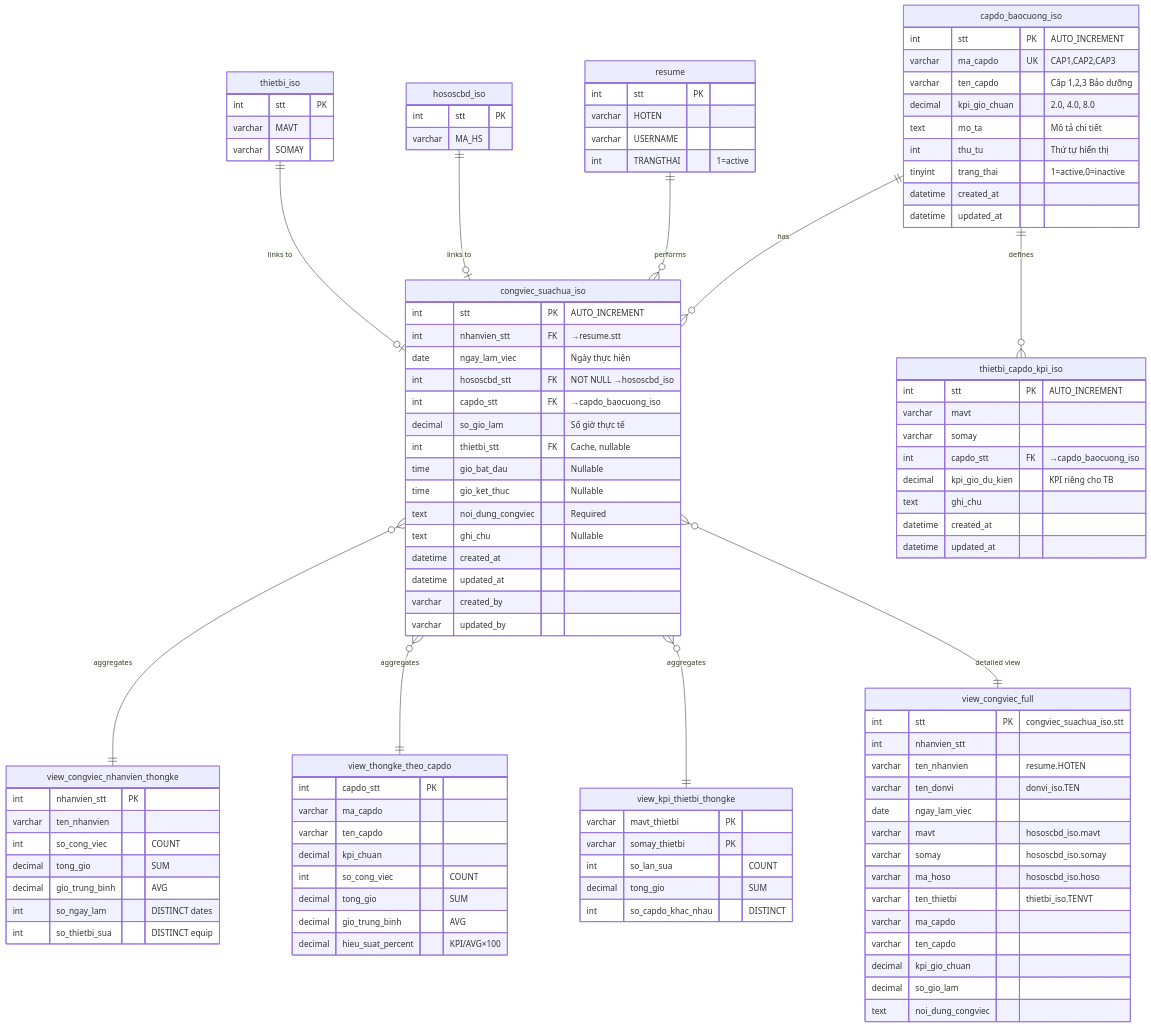
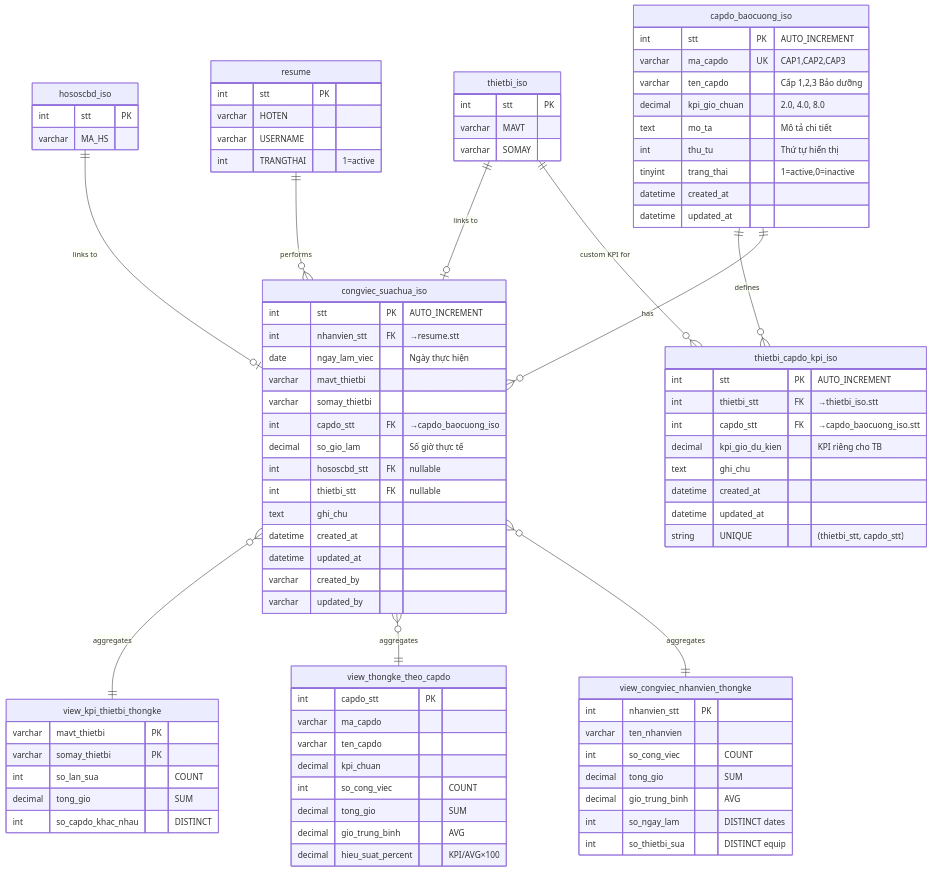
The third of 6 diagrams in iso2/LUUDO_CONGVIEC_KPI.md (mylovetron2/iso2), drawn with Mermaid before and after one commit. The commit also changed other lines of this file, not shown here.

Commit message:
Cập nhật lưu đồ: Thiết kế FK tối ưu thietbi_capdo_kpi_iso (thietbi_stt thay vì mavt/somay)

````diff
--- a/iso2/LUUDO_CONGVIEC_KPI.md
+++ b/iso2/LUUDO_CONGVIEC_KPI.md
@@ -282,6 +204,7 @@
 erDiagram
     capdo_baocuong_iso ||--o{ congviec_suachua_iso : has
     capdo_baocuong_iso ||--o{ thietbi_capdo_kpi_iso : defines
+    thietbi_iso ||--o{ thietbi_capdo_kpi_iso : "custom KPI for"
     resume ||--o{ congviec_suachua_iso : performs
     hososcbd_iso ||--o| congviec_suachua_iso : "links to"
     thietbi_iso ||--o| congviec_suachua_iso : "links to"
@@ -300,27 +223,26 @@
     
     thietbi_capdo_kpi_iso {
         int stt PK "AUTO_INCREMENT"
-        varchar mavt
-        varchar somay
-        int capdo_stt FK "→capdo_baocuong_iso"
+        int thietbi_stt FK "→thietbi_iso.stt"
+        int capdo_stt FK "→capdo_baocuong_iso.stt"
         decimal kpi_gio_du_kien "KPI riêng cho TB"
         text ghi_chu
         datetime created_at
         datetime updated_at
+        string UNIQUE "(thietbi_stt, capdo_stt)"
     }
     
     congviec_suachua_iso {
         int stt PK "AUTO_INCREMENT"
         int nhanvien_stt FK "→resume.stt"
         date ngay_lam_viec "Ngày thực hiện"
-        int hososcbd_stt FK "NOT NULL →hososcbd_iso"
+        varchar mavt_thietbi
+        varchar somay_thietbi
         int capdo_stt FK "→capdo_baocuong_iso"
         decimal so_gio_lam "Số giờ thực tế"
-        int thietbi_stt FK "Cache, nullable"
-        time gio_bat_dau "Nullable"
-        time gio_ket_thuc "Nullable"
-        text noi_dung_congviec "Required"
-        text ghi_chu "Nullable"
+        int hososcbd_stt FK "nullable"
+        int thietbi_stt FK "nullable"
+        text ghi_chu
         datetime created_at
         datetime updated_at
         varchar created_by
@@ -374,25 +296,7 @@
         int so_capdo_khac_nhau "DISTINCT"
     }
     
-    view_congviec_full {
-        int stt PK "congviec_suachua_iso.stt"
-        int nhanvien_stt
-        varchar ten_nhanvien "resume.HOTEN"
-        varchar ten_donvi "donvi_iso.TEN"
-        date ngay_lam_viec
-        varchar mavt "hososcbd_iso.mavt"
-        varchar somay "hososcbd_iso.somay"
-        varchar ma_hoso "hososcbd_iso.hoso"
-        varchar ten_thietbi "thietbi_iso.TENVT"
-        varchar ma_capdo
-        varchar ten_capdo
-        decimal kpi_gio_chuan
-        decimal so_gio_lam
-        text noi_dung_congviec
-    }
-    
     congviec_suachua_iso }o--|| view_congviec_nhanvien_thongke : aggregates
     congviec_suachua_iso }o--|| view_thongke_theo_capdo : aggregates
     congviec_suachua_iso }o--|| view_kpi_thietbi_thongke : aggregates
-    congviec_suachua_iso }o--|| view_congviec_full : "detailed view"
 ```
````
